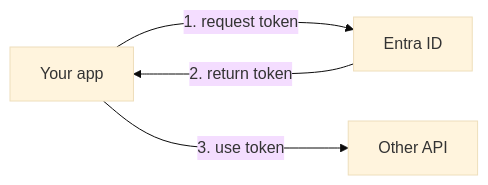
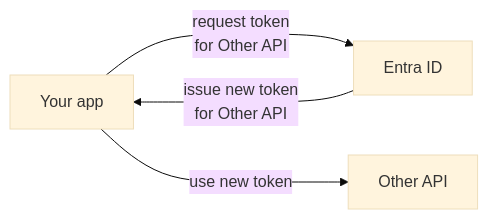
One commit to nais/doc changed the second of 2 diagrams in docs/auth/entra-id/README.md. Above: the diagram before and after it, drawn with Mermaid (base theme). The commit also changed other lines of this file and 3 other files, not shown here.

First line of the commit message:
auth: fix mermaid diagrams

````diff
--- a/docs/auth/entra-id/README.md
+++ b/docs/auth/entra-id/README.md
@@ -62,6 +65,8 @@
 ```mermaid
 graph LR
-  Application["Your app"] --1. request token---> AzureAD["Entra ID"]
-  AzureAD --2. return token---> Application
-  Application --3. use token---> API["Other API"]
+  Application["Your app"] -- "`request token
+  for Other API`" ---> AzureAD["Entra ID"]
+  AzureAD -- "`issue new token
+  for Other API`" ---> Application
+  Application -- "`use new token`" ---> API["Other API"]
 ```
````
